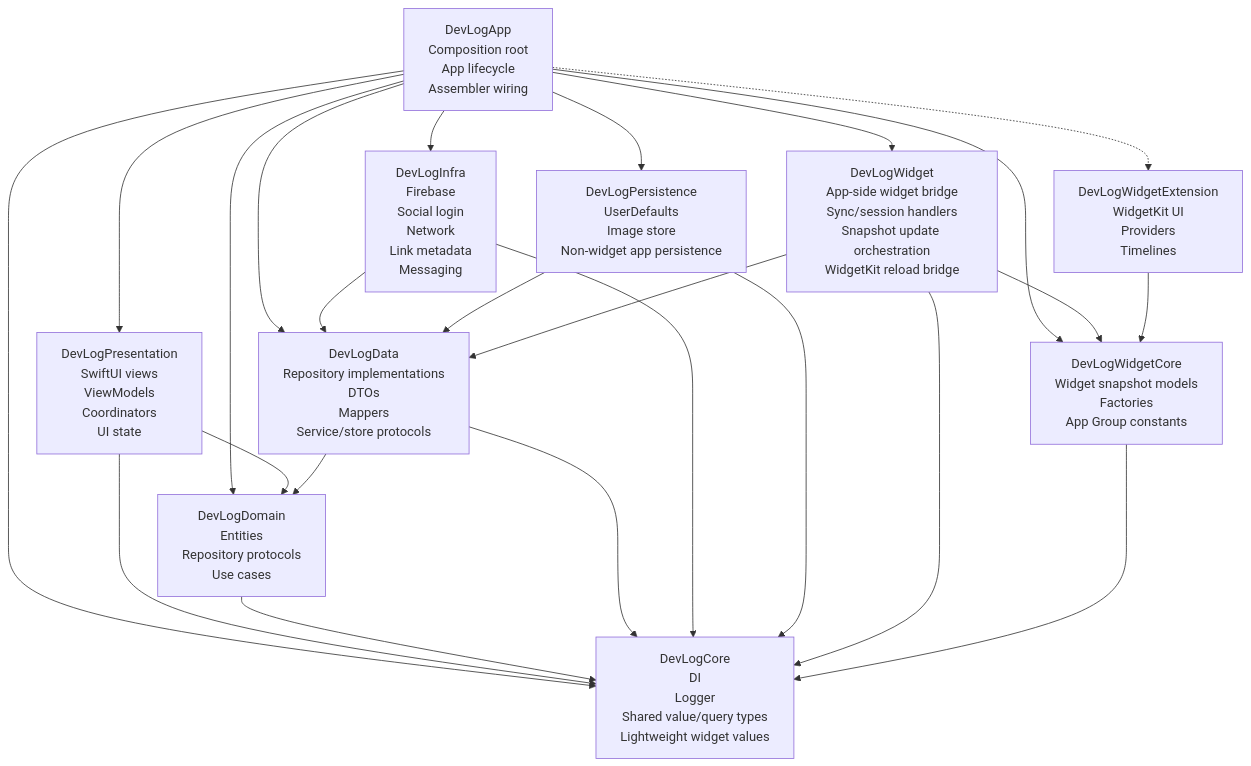
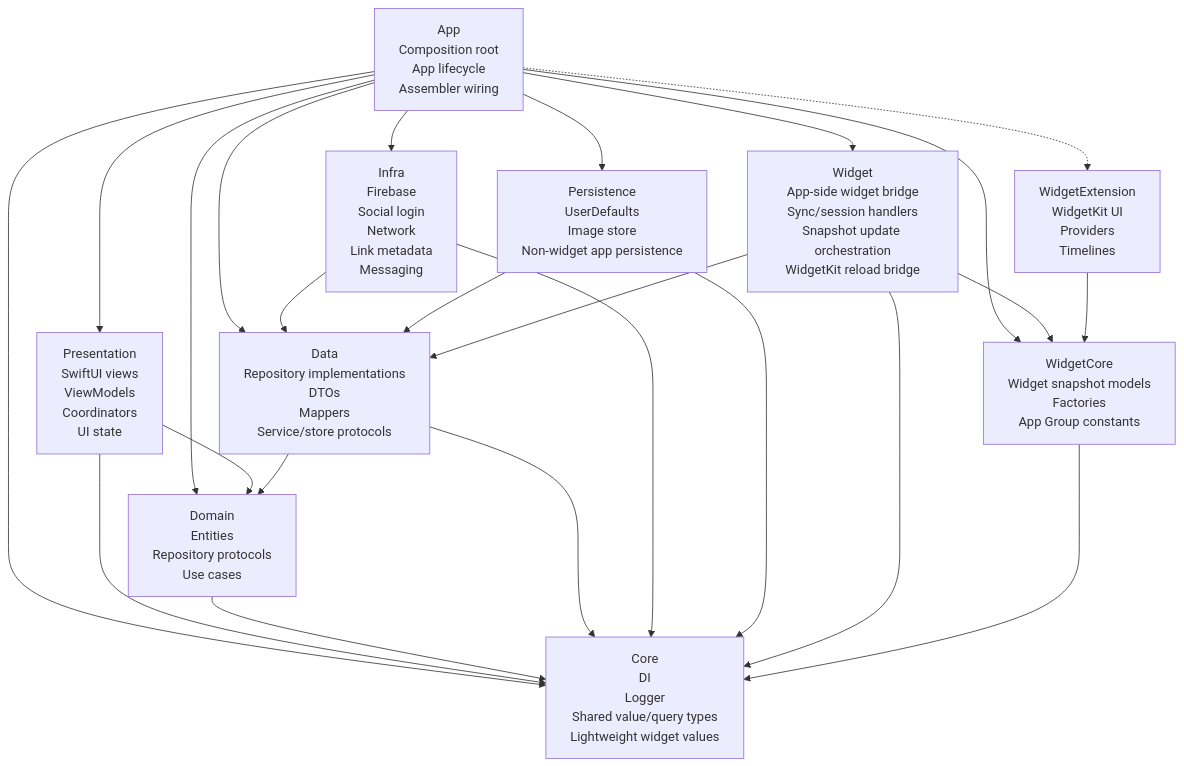
One commit to opficdev/DevLog_iOS changed the third of 9 diagrams in .hermes/skills/devlog-architecture-harness/references/devlog-architecture-flow.md. Above: the diagram before and after it, drawn with Mermaid. The commit also changed other lines of this file and 10 other files, not shown here.

````diff
--- a/.hermes/skills/devlog-architecture-harness/references/devlog-architecture-flow.md
+++ b/.hermes/skills/devlog-architecture-harness/references/devlog-architecture-flow.md
@@ -73,44 +73,44 @@
 ```mermaid
 flowchart TD
-	App["DevLogApp\nComposition root\nApp lifecycle\nAssembler wiring"]
-	Presentation["DevLogPresentation\nSwiftUI views\nViewModels\nCoordinators\nUI state"]
-	Domain["DevLogDomain\nEntities\nRepository protocols\nUse cases"]
-	Data["DevLogData\nRepository implementations\nDTOs\nMappers\nService/store protocols"]
-	Infra["DevLogInfra\nFirebase\nSocial login\nNetwork\nLink metadata\nMessaging"]
-	Persistence["DevLogPersistence\nUserDefaults\nImage store\nNon-widget app persistence"]
-	Widget["DevLogWidget\nApp-side widget bridge\nSync/session handlers\nSnapshot update orchestration\nWidgetKit reload bridge"]
-	Core["DevLogCore\nDI\nLogger\nShared value/query types\nLightweight widget values"]
-	WidgetCore["DevLogWidgetCore\nWidget snapshot models\nFactories\nApp Group constants"]
-	WidgetExtension["DevLogWidgetExtension\nWidgetKit UI\nProviders\nTimelines"]
+	App["App\nComposition root\nApp lifecycle\nAssembler wiring"]
+	Presentation["Presentation\nSwiftUI views\nViewModels\nCoordinators\nUI state"]
+	Domain["Domain\nEntities\nRepository protocols\nUse cases"]
+	Data["Data\nRepository implementations\nDTOs\nMappers\nService/store protocols"]
+	Infra["Infra\nFirebase\nSocial login\nNetwork\nLink metadata\nMessaging"]
+	Persistence["Persistence\nUserDefaults\nImage store\nNon-widget app persistence"]
+	Widget["Widget\nApp-side widget bridge\nSync/session handlers\nSnapshot update orchestration\nWidgetKit reload bridge"]
+	Core["Core\nDI\nLogger\nShared value/query types\nLightweight widget values"]
+	WidgetCore["WidgetCore\nWidget snapshot models\nFactories\nApp Group constants"]
+	WidgetExtension["WidgetExtension\nWidgetKit UI\nProviders\nTimelines"]
 
 	App --> Presentation
 	App --> Domain
 	App --> Data
 	App --> Infra
 	App --> Persistence
 	App --> Core
 	App --> Widget
 	App --> WidgetCore
 	App -.-> WidgetExtension
 
 	Presentation --> Domain
 	Presentation --> Core
 
 	Domain --> Core
 
 	Data --> Domain
 	Data --> Core
 
 	Infra --> Data
 	Infra --> Core
 
 	Persistence --> Data
 	Persistence --> Core
 
 	Widget --> Data
 	Widget --> Core
 	Widget --> WidgetCore
 
 	WidgetExtension --> WidgetCore
 	WidgetCore --> Core
 ```
````
